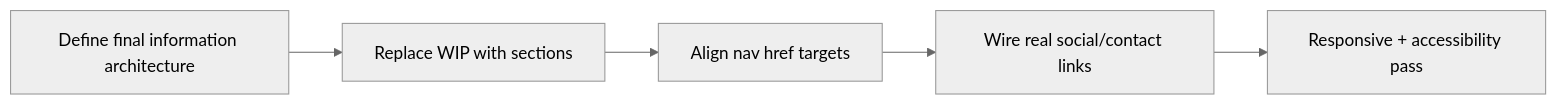
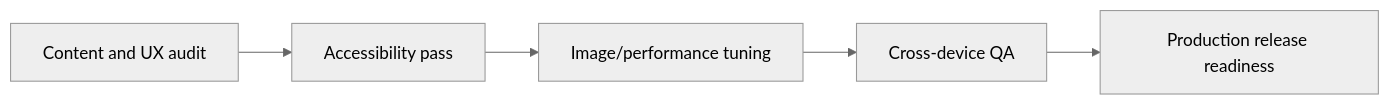
Before and after one commit to vele616/website-black-vomit: the diagram in lode/plans/current-plan.md, drawn with Mermaid (neutral theme). The commit also changed other lines of this file and 27 other files, not shown here.

````diff
--- a/lode/plans/current-plan.md
+++ b/lode/plans/current-plan.md
@@ -12,7 +14,7 @@
 ```mermaid
 flowchart LR
-  IA["Define final information architecture"] --> Sections["Replace WIP with sections"]
-  Sections --> Links["Align nav href targets"]
-  Links --> Content["Wire real social/contact links"]
-  Content --> QA["Responsive + accessibility pass"]
+  Audit["Content and UX audit"] --> A11y["Accessibility pass"]
+  A11y --> Perf["Image/performance tuning"]
+  Perf --> QA["Cross-device QA"]
+  QA --> Deploy["Production release readiness"]
 ```
````
